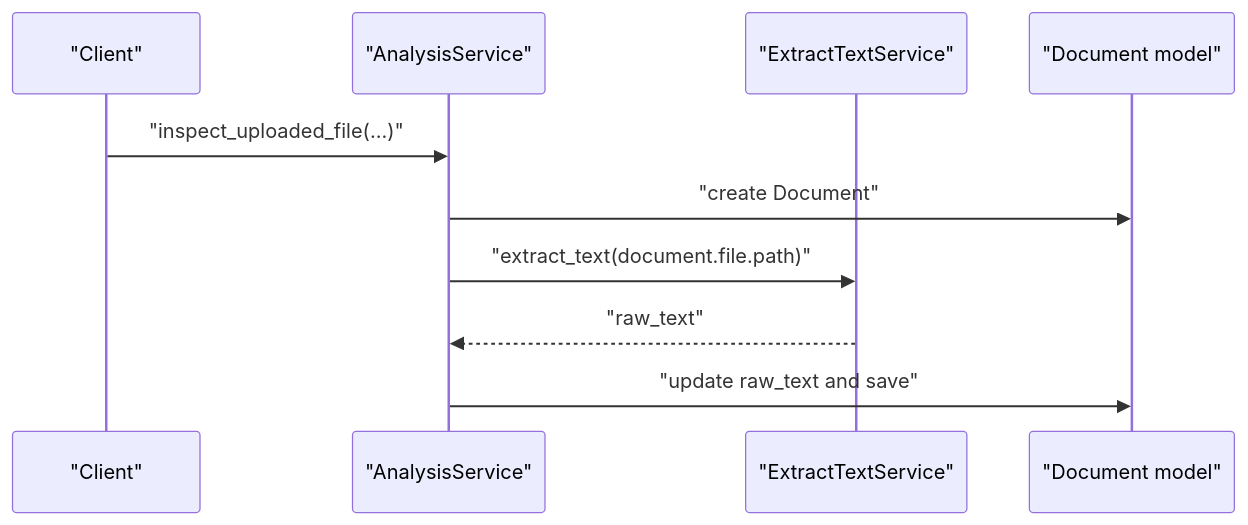
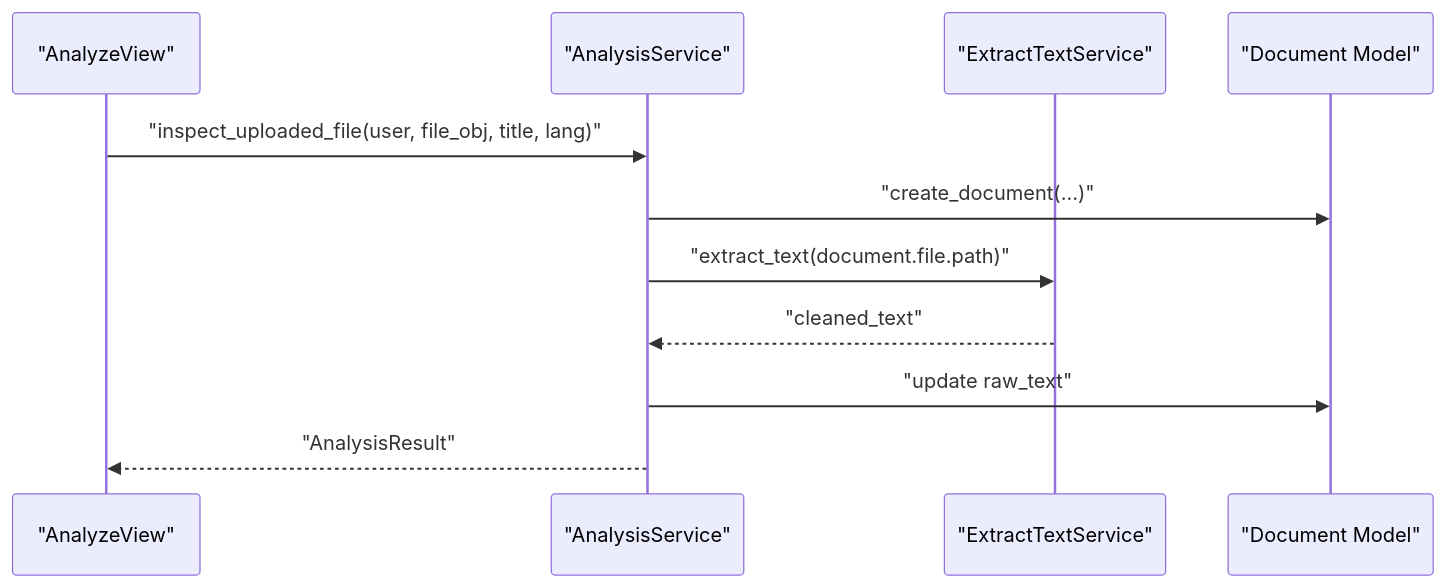
The sixth of 8 diagrams in backend/.qoder/repowiki/en/content/Text Extraction Engine/OCR Service Implementation.md (HamzaHindo/veritasshield), drawn with Mermaid before and after one commit. The commit also changed other lines of this file and 49 other files, not shown here.

````diff
--- a/backend/.qoder/repowiki/en/content/Text Extraction Engine/OCR Service Implementation.md
+++ b/backend/.qoder/repowiki/en/content/Text Extraction Engine/OCR Service Implementation.md
@@ -227,12 +215,13 @@
 ```mermaid
 sequenceDiagram
-participant Client as "Client"
-participant Analysis as "AnalysisService"
+participant View as "AnalyzeView"
+participant Service as "AnalysisService"
 participant Extract as "ExtractTextService"
-participant DB as "Document model"
-Client->>Analysis : "inspect_uploaded_file(...)"
-Analysis->>DB : "create Document"
-Analysis->>Extract : "extract_text(document.file.path)"
-Extract-->>Analysis : "raw_text"
-Analysis->>DB : "update raw_text and save"
+participant Model as "Document Model"
+View->>Service : "inspect_uploaded_file(user, file_obj, title, lang)"
+Service->>Model : "create_document(...)"
+Service->>Extract : "extract_text(document.file.path)"
+Extract-->>Service : "cleaned_text"
+Service->>Model : "update raw_text"
+Service-->>View : "AnalysisResult"
 ```
````
